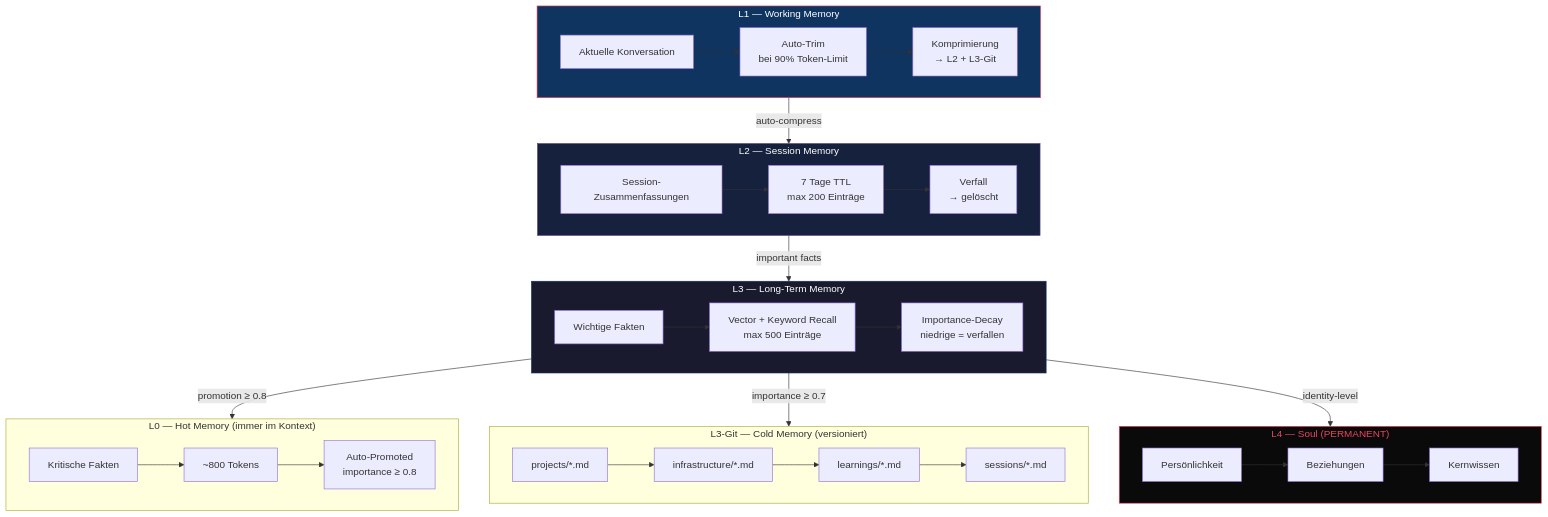
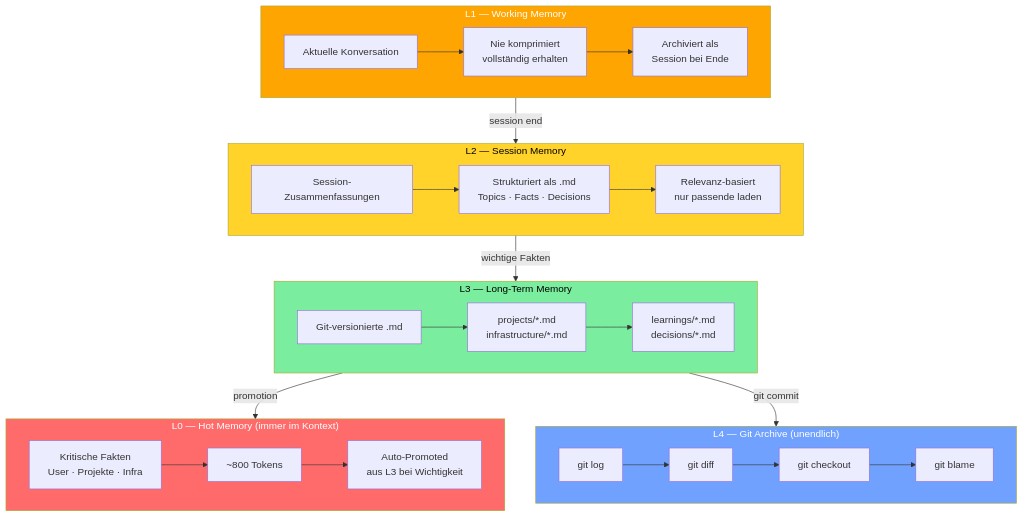
Before and after one commit to TitoPrausee/nexus-toti: the fourth of 9 diagrams in README.md, drawn with Mermaid. The commit also changed other lines of this file and 16 other files, not shown here.

First line of the commit message:
v10.0: Atlas Git Memory System — 5 Layer, keine Kompression

````diff
--- a/README.md
+++ b/README.md
@@ -283,50 +307,44 @@
 ```mermaid
 graph TD
     subgraph L0["L0 — Hot Memory (immer im Kontext)"]
         direction LR
-        L0A[Kritische Fakten] --> L0B[~800 Tokens]
-        L0B --> L0C[Auto-Promoted<br/>importance ≥ 0.8]
+        L0A[Kritische Fakten<br/>User · Projekte · Infra] --> L0B[~800 Tokens]
+        L0B --> L0C[Auto-Promoted<br/>aus L3 bei Wichtigkeit]
     end
 
     subgraph L1["L1 — Working Memory"]
         direction LR
-        L1A[Aktuelle Konversation] --> L1B[Auto-Trim<br/>bei 90% Token-Limit]
-        L1B --> L1C[Komprimierung<br/>→ L2 + L3-Git]
+        L1A[Aktuelle Konversation] --> L1B[Nie komprimiert<br/>vollständig erhalten]
+        L1B --> L1C[Archiviert als<br/>Session bei Ende]
     end
 
     subgraph L2["L2 — Session Memory"]
         direction LR
-        L2A[Session-Zusammenfassungen] --> L2B[7 Tage TTL<br/>max 200 Einträge]
-        L2B --> L2C[Verfall<br/>→ gelöscht]
+        L2A[Session-Zusammenfassungen] --> L2B[Strukturiert als .md<br/>Topics · Facts · Decisions]
+        L2B --> L2C[Relevanz-basiert<br/>nur passende laden]
     end
 
     subgraph L3["L3 — Long-Term Memory"]
         direction LR
-        L3A[Wichtige Fakten] --> L3B[Vector + Keyword Recall<br/>max 500 Einträge]
-        L3B --> L3C[Importance-Decay<br/>niedrige = verfallen]
+        L3A[Git-versionierte .md] --> L3B[projects/*.md<br/>infrastructure/*.md]
+        L3B --> L3C[learnings/*.md<br/>decisions/*.md]
     end
 
-    subgraph L3G["L3-Git — Cold Memory (versioniert)"]
+    subgraph L4["L4 — Git Archive (unendlich)"]
         direction LR
-        G1[projects/*.md] --> G2[infrastructure/*.md]
-        G2 --> G3[learnings/*.md]
-        G3 --> G4[sessions/*.md]
+        G1[git log] --> G2[git diff]
+        G2 --> G3[git checkout]
+        G3 --> G4[git blame]
     end
 
-    subgraph L4["L4 — Soul (PERMANENT)"]
-        direction LR
-        L4A[Persönlichkeit] --> L4B[Beziehungen]
-        L4B --> L4C[Kernwissen]
-    end
+    L3 -->|promotion| L0
+    L1 -->|session end| L2
+    L2 -->|wichtige Fakten| L3
+    L3 -->|git commit| L4
 
-    L3 -->|promotion ≥ 0.8| L0
-    L1 -->|auto-compress| L2
-    L2 -->|important facts| L3
-    L3 -->|importance ≥ 0.7| L3G
-    L3 -->|identity-level| L4
-
-    style L1 fill:#0f3460,stroke:#e94560,color:#fff
-    style L2 fill:#16213e,stroke:#533483,color:#fff
-    style L3 fill:#1a1a2e,stroke:#0f3460,color:#fff
-    style L4 fill:#0a0a0a,stroke:#e94560,color:#e94560
+    style L0 fill:#ff6b6b,color:#fff
+    style L1 fill:#ffa502,color:#fff
+    style L2 fill:#ffd32a,color:#000
+    style L3 fill:#7bed9f,color:#000
+    style L4 fill:#70a1ff,color:#fff
 ```
````
